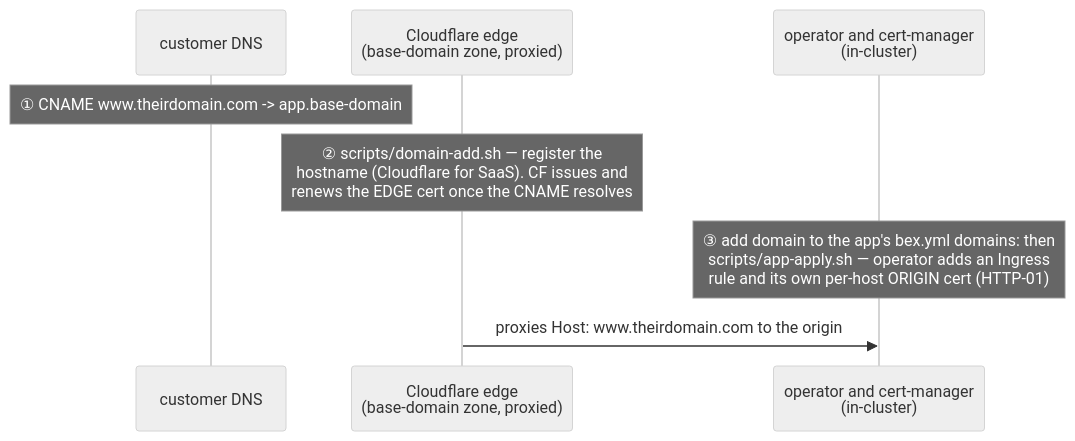
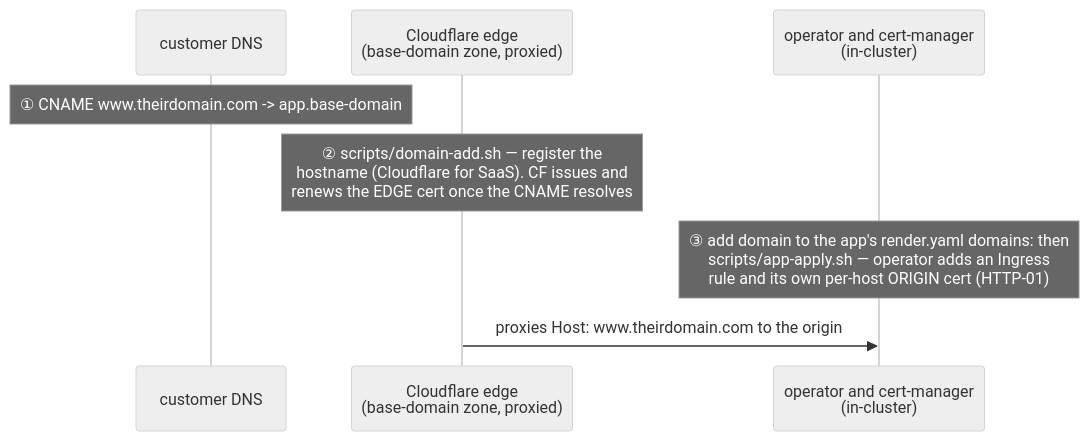
One commit to cuckoo-network/cuckoo changed the diagram in docs/ADR005-custom-domain.md. Above: the diagram before and after it, drawn with Mermaid (neutral theme). The commit also changed other lines of this file and 4 other files, not shown here.

Commit message:
docs: make render yaml the blueprint default

````diff
--- a/docs/ADR005-custom-domain.md
+++ b/docs/ADR005-custom-domain.md
@@ -16,11 +16,11 @@
 ```mermaid
 sequenceDiagram
   participant C as customer DNS
   participant CF as Cloudflare edge<br/>(base-domain zone, proxied)
   participant O as operator and cert-manager<br/>(in-cluster)
 
   Note over C: ① CNAME www.theirdomain.com -> app.base-domain
   Note over CF: ② scripts/domain-add.sh — register the<br/>hostname (Cloudflare for SaaS). CF issues and<br/>renews the EDGE cert once the CNAME resolves
-  Note over O: ③ add domain to the app's bex.yml domains: then<br/>scripts/app-apply.sh — operator adds an Ingress<br/>rule and its own per-host ORIGIN cert (HTTP-01)
+  Note over O: ③ add domain to the app's render.yaml domains: then<br/>scripts/app-apply.sh — operator adds an Ingress<br/>rule and its own per-host ORIGIN cert (HTTP-01)
   CF->>O: proxies Host: www.theirdomain.com to the origin
 ```
````
